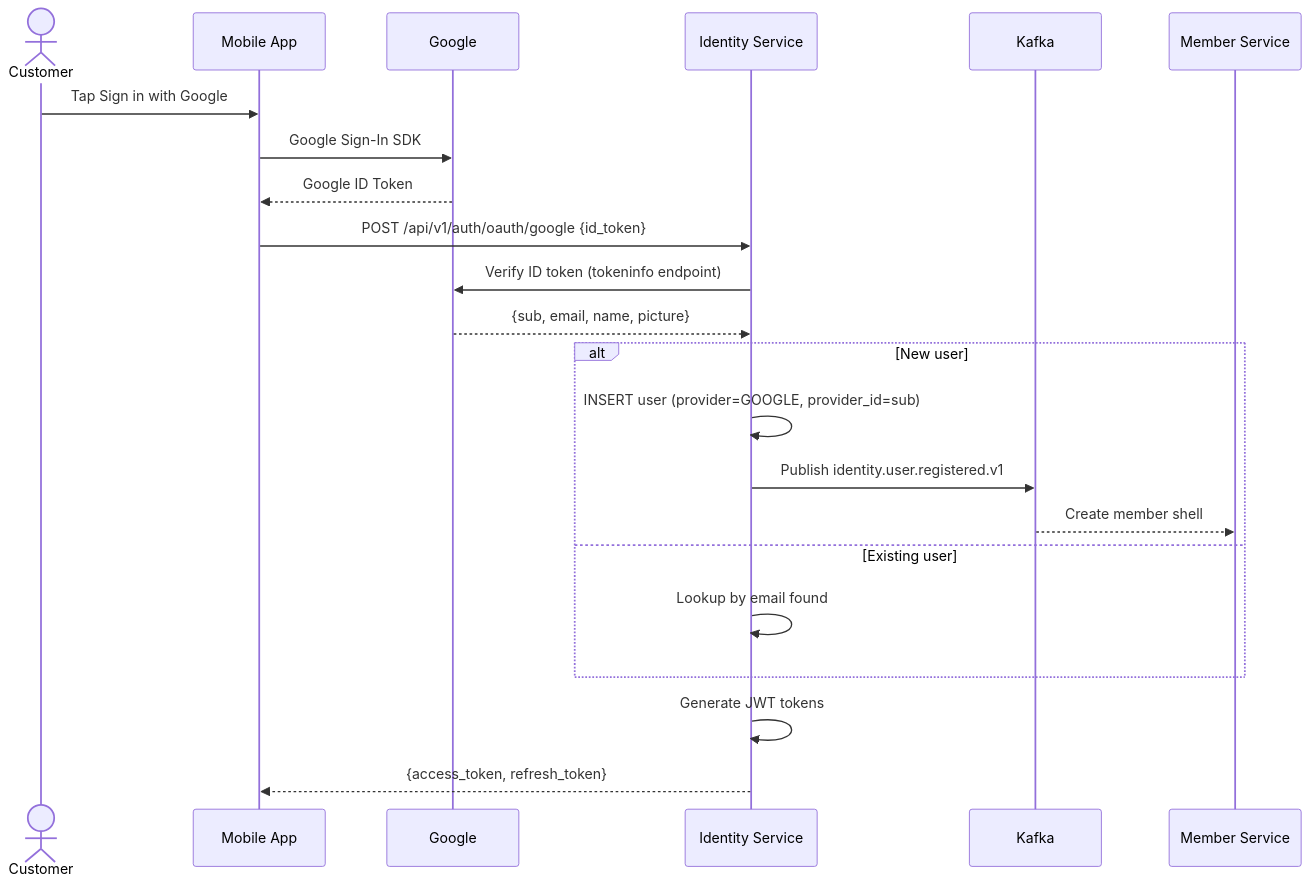
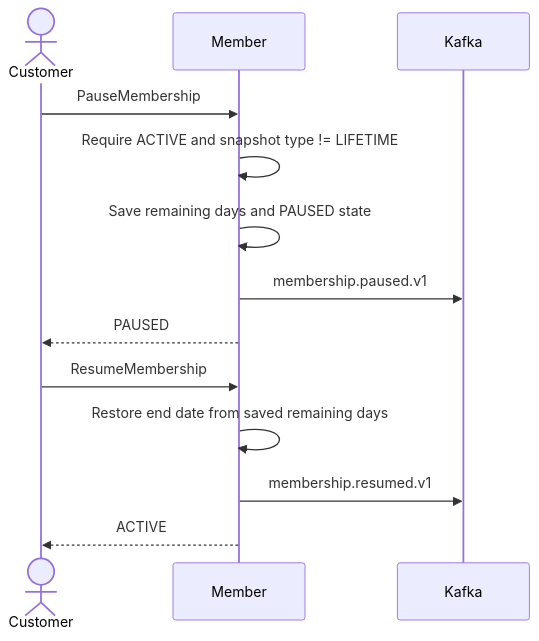
One commit to pploc/gym-architect changed the fourth of 7 diagrams in flows/01-business-flows.md. Above: the diagram before and after it, drawn with Mermaid. The commit also changed other lines of this file and 16 other files, not shown here.

First line of the commit message:
docs: freeze Plans split roadmap through G8

````diff
--- a/flows/01-business-flows.md
+++ b/flows/01-business-flows.md
@@ -163,27 +130,17 @@
 ```mermaid
 sequenceDiagram
     actor C as Customer
-    participant APP as Mobile App
-    participant G as Google
-    participant IS as Identity Service
+    participant MB as Member
     participant KF as Kafka
-    participant MS as Member Service
 
-    C->>APP: Tap Sign in with Google
-    APP->>G: Google Sign-In SDK
-    G-->>APP: Google ID Token
-    APP->>IS: POST /api/v1/auth/oauth/google {id_token}
-    IS->>G: Verify ID token (tokeninfo endpoint)
-    G-->>IS: {sub, email, name, picture}
+    C->>MB: PauseMembership
+    MB->>MB: Require ACTIVE and snapshot type != LIFETIME
+    MB->>MB: Save remaining days and PAUSED state
+    MB->>KF: membership.paused.v1
+    MB-->>C: PAUSED
 
-    alt New user
-        IS->>IS: INSERT user (provider=GOOGLE, provider_id=sub)
-        IS->>KF: Publish identity.user.registered.v1
-        KF-->>MS: Create member shell
-    else Existing user
-        IS->>IS: Lookup by email found
-    end
-
-    IS->>IS: Generate JWT tokens
-    IS-->>APP: {access_token, refresh_token}
+    C->>MB: ResumeMembership
+    MB->>MB: Restore end date from saved remaining days
+    MB->>KF: membership.resumed.v1
+    MB-->>C: ACTIVE
 ```
````
